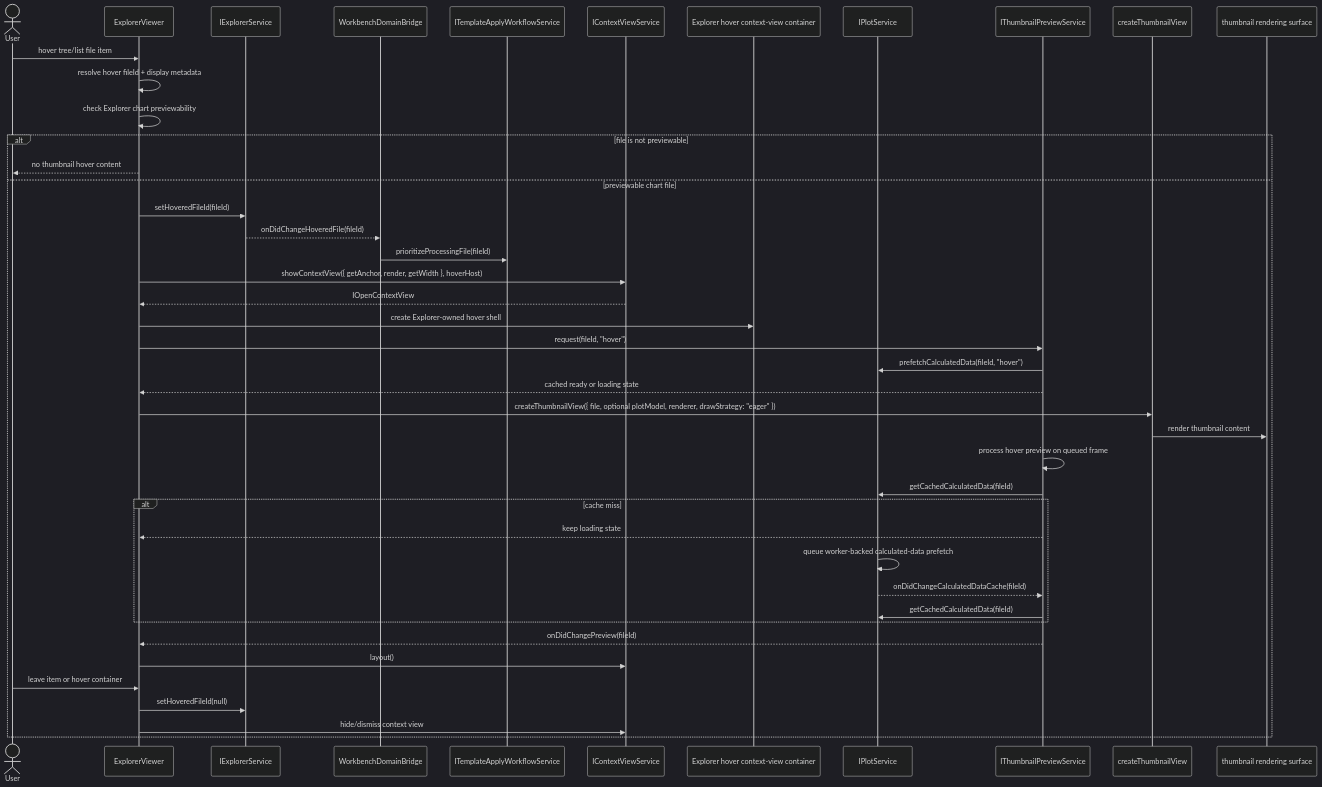
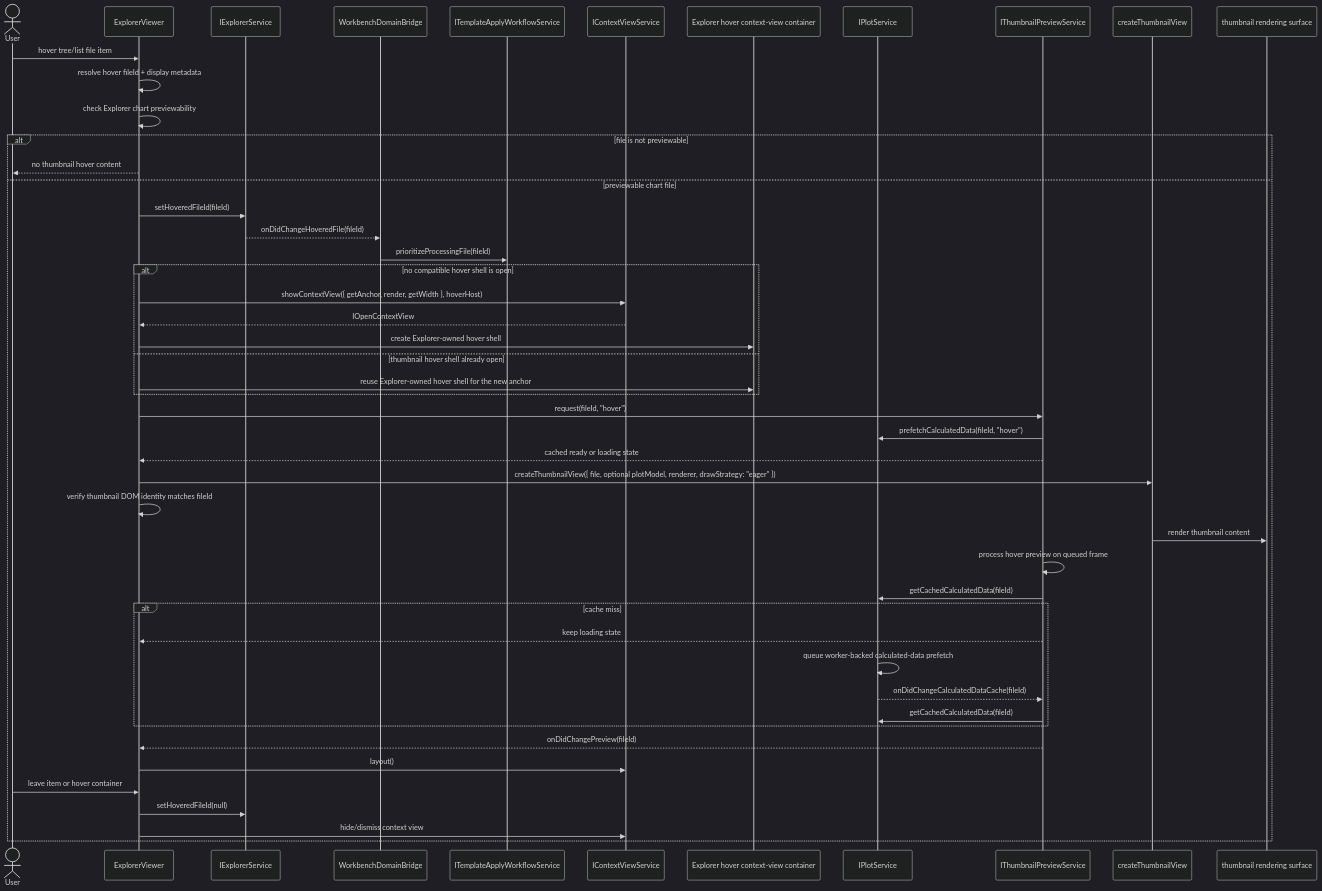
Before and after one commit to chogng/conductor: the sixth of 6 diagrams in .github/instructions/thumbnail.instructions.md, drawn with Mermaid (dark theme). The commit also changed other lines of this file and 15 other files, not shown here.

Commit message:
Reuse thumbnail hover shells with file-identity checks

````diff
--- a/.github/instructions/thumbnail.instructions.md
+++ b/.github/instructions/thumbnail.instructions.md
@@ -222,46 +223,51 @@
 ```mermaid
 sequenceDiagram
     actor User
     participant ExplorerViewer
     participant ExplorerService as IExplorerService
     participant DomainBridge as WorkbenchDomainBridge
     participant TemplateWorkflow as ITemplateApplyWorkflowService
     participant ContextViewService as IContextViewService
     participant HoverContainer as Explorer hover context-view container
     participant Plot as IPlotService
     participant ThumbnailPreviewService as IThumbnailPreviewService
     participant ThumbnailView as createThumbnailView
     participant ThumbnailRenderer as thumbnail rendering surface
 
     User->>ExplorerViewer: hover tree/list file item
     ExplorerViewer->>ExplorerViewer: resolve hover fileId + display metadata
     ExplorerViewer->>ExplorerViewer: check Explorer chart previewability
     alt file is not previewable
         ExplorerViewer-->>User: no thumbnail hover content
     else previewable chart file
     ExplorerViewer->>ExplorerService: setHoveredFileId(fileId)
     ExplorerService-->>DomainBridge: onDidChangeHoveredFile(fileId)
     DomainBridge->>TemplateWorkflow: prioritizeProcessingFile(fileId)
-    ExplorerViewer->>ContextViewService: showContextView({ getAnchor, render, getWidth }, hoverHost)
-    ContextViewService-->>ExplorerViewer: IOpenContextView
-    ExplorerViewer->>HoverContainer: create Explorer-owned hover shell
+    alt no compatible hover shell is open
+        ExplorerViewer->>ContextViewService: showContextView({ getAnchor, render, getWidth }, hoverHost)
+        ContextViewService-->>ExplorerViewer: IOpenContextView
+        ExplorerViewer->>HoverContainer: create Explorer-owned hover shell
+    else thumbnail hover shell already open
+        ExplorerViewer->>HoverContainer: reuse Explorer-owned hover shell for the new anchor
+    end
     ExplorerViewer->>ThumbnailPreviewService: request(fileId, "hover")
     ThumbnailPreviewService->>Plot: prefetchCalculatedData(fileId, "hover")
     ThumbnailPreviewService-->>ExplorerViewer: cached ready or loading state
     ExplorerViewer->>ThumbnailView: createThumbnailView({ file, optional plotModel, renderer, drawStrategy: "eager" })
+    ExplorerViewer->>ExplorerViewer: verify thumbnail DOM identity matches fileId
     ThumbnailView->>ThumbnailRenderer: render thumbnail content
     ThumbnailPreviewService->>ThumbnailPreviewService: process hover preview on queued frame
     ThumbnailPreviewService->>Plot: getCachedCalculatedData(fileId)
     alt cache miss
         ThumbnailPreviewService-->>ExplorerViewer: keep loading state
         Plot->>Plot: queue worker-backed calculated-data prefetch
         Plot-->>ThumbnailPreviewService: onDidChangeCalculatedDataCache(fileId)
         ThumbnailPreviewService->>Plot: getCachedCalculatedData(fileId)
     end
     ThumbnailPreviewService-->>ExplorerViewer: onDidChangePreview(fileId)
     ExplorerViewer->>ContextViewService: layout()
     User->>ExplorerViewer: leave item or hover container
     ExplorerViewer->>ExplorerService: setHoveredFileId(null)
     ExplorerViewer->>ContextViewService: hide/dismiss context view
     end
 ```
````
